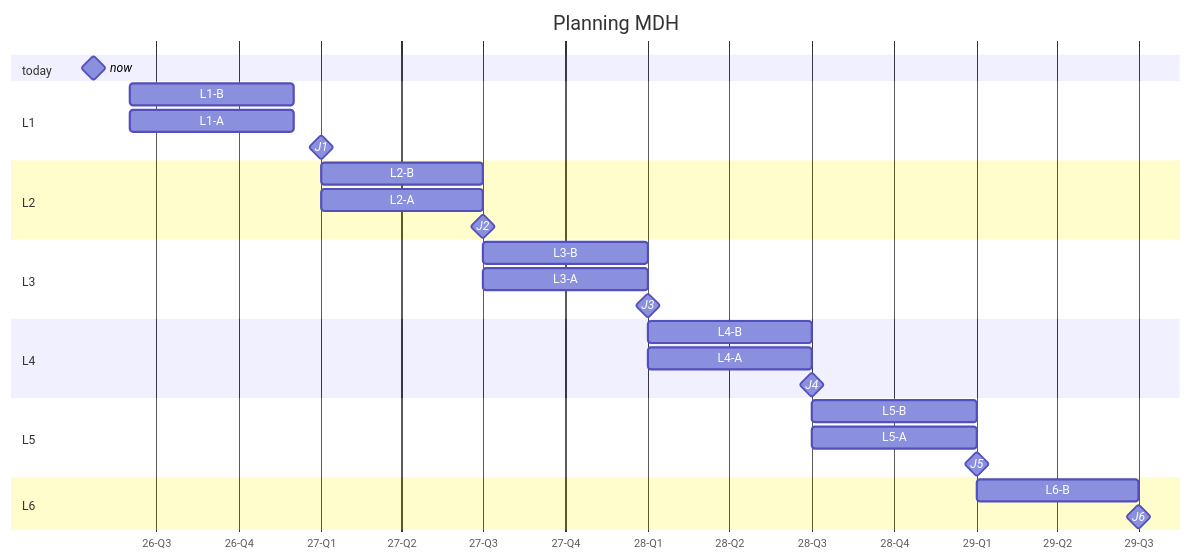
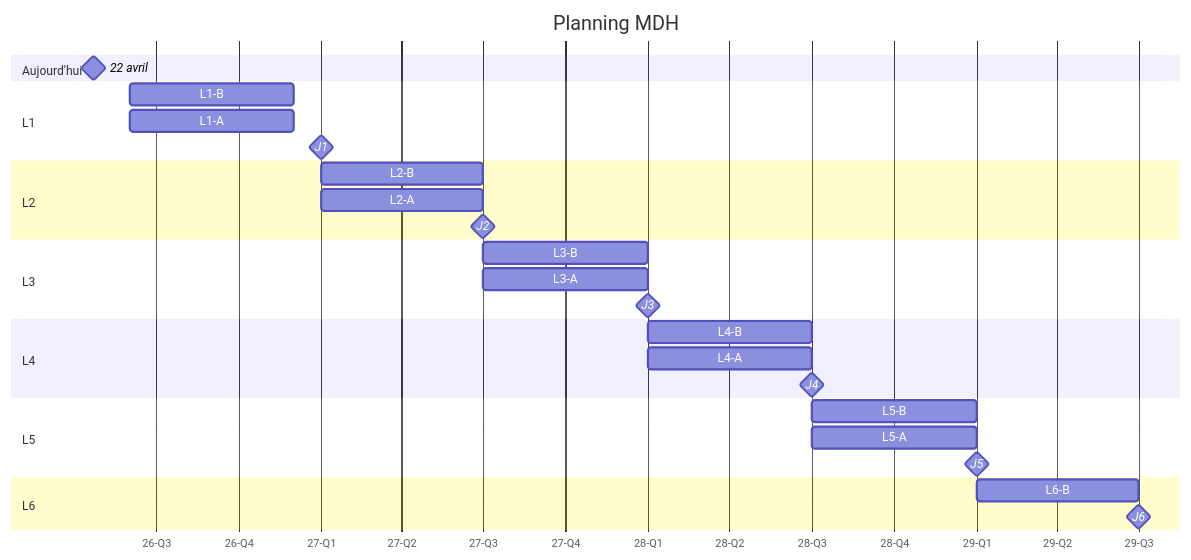
Before and after one commit to cdamas-cerema/test: the diagram in planning.md, drawn with Mermaid. The commit also changed other lines of this file, not shown here.

Commit message:
Update planning document with new title and sections

````diff
--- a/planning.md
+++ b/planning.md
@@ -2,41 +2,41 @@
 ```mermaid
 gantt
     title Planning MDH
     dateFormat YYYY-MM-DD
     axisFormat %y-Q%q
     tickInterval 3month
 
-    section today
+    section Aujourd'hui
         %% This task forces the chart to start at the beginning of the year
-        now : milestone, m1, 2026-04-22, 0d
+        22 avril : milestone, m1, 2026-04-22, 0d
 
     section L1
         L1-B                                 :2026-06-01, 6M
         L1-A                                 :2026-06-01, 6M
         J1                                   :milestone, 2027-01-01, 1m
 
     section L2
         L2-B                                 :2027-01-01, 6M
         L2-A                                 :2027-01-01, 6M
         J2                                   :milestone, 2027-07-01, 1m
 
     section L3
         L3-B                                 :2027-07-01, 6M
         L3-A                                 :2027-07-01, 6M
         J3                                   :milestone, 2028-01-01, 1m
 
     section L4
         L4-B                                 :2028-01-01, 6M
         L4-A                                 :2028-01-01, 6M
         J4                                   :milestone, 2028-07-01, 1m
 
     section L5
         L5-B                                 :2028-07-01, 6M
         L5-A                                 :2028-07-01, 6M
         J5                                   :milestone, 2029-01-01, 1m
 
     section L6
         L6-B                                 :2029-01-01, 6M
         J6                                   :milestone, 2029-07-01, 1m
         
 ```
````
